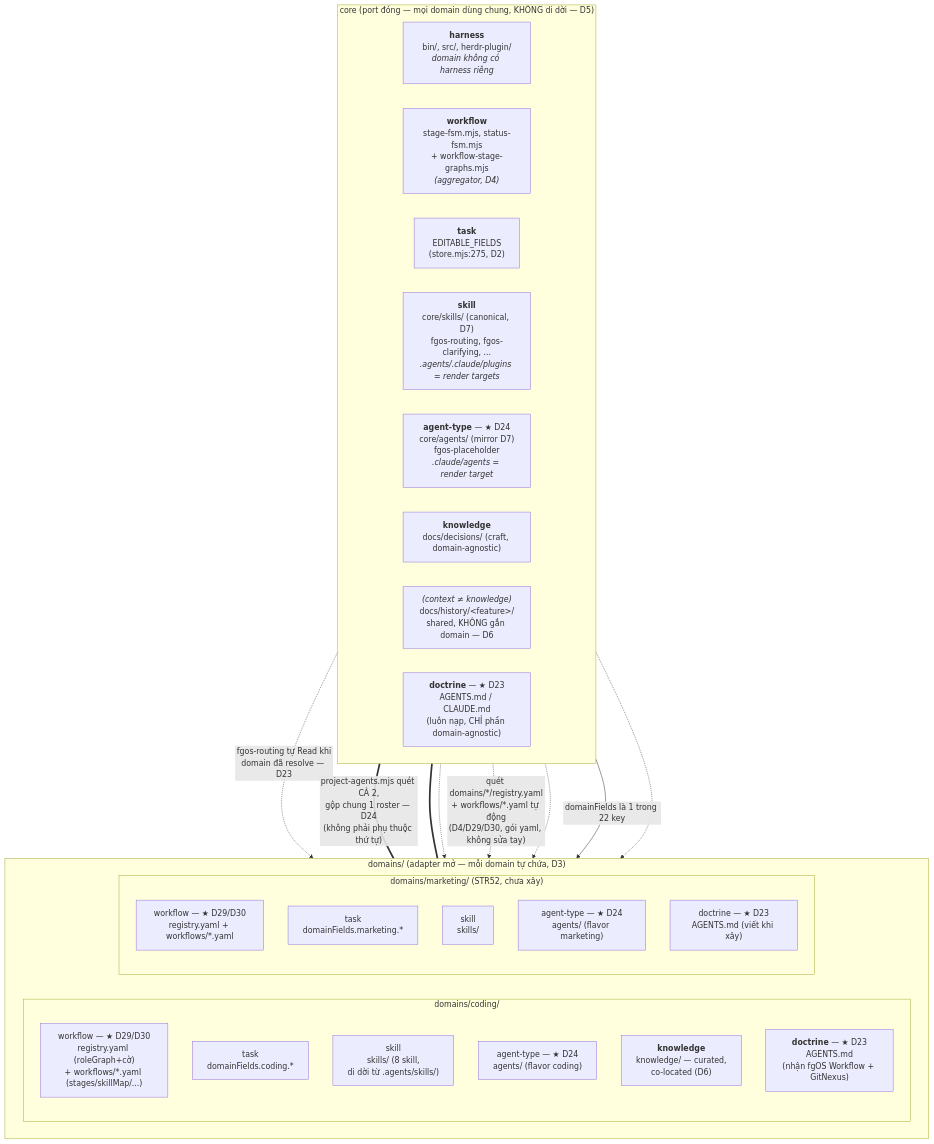
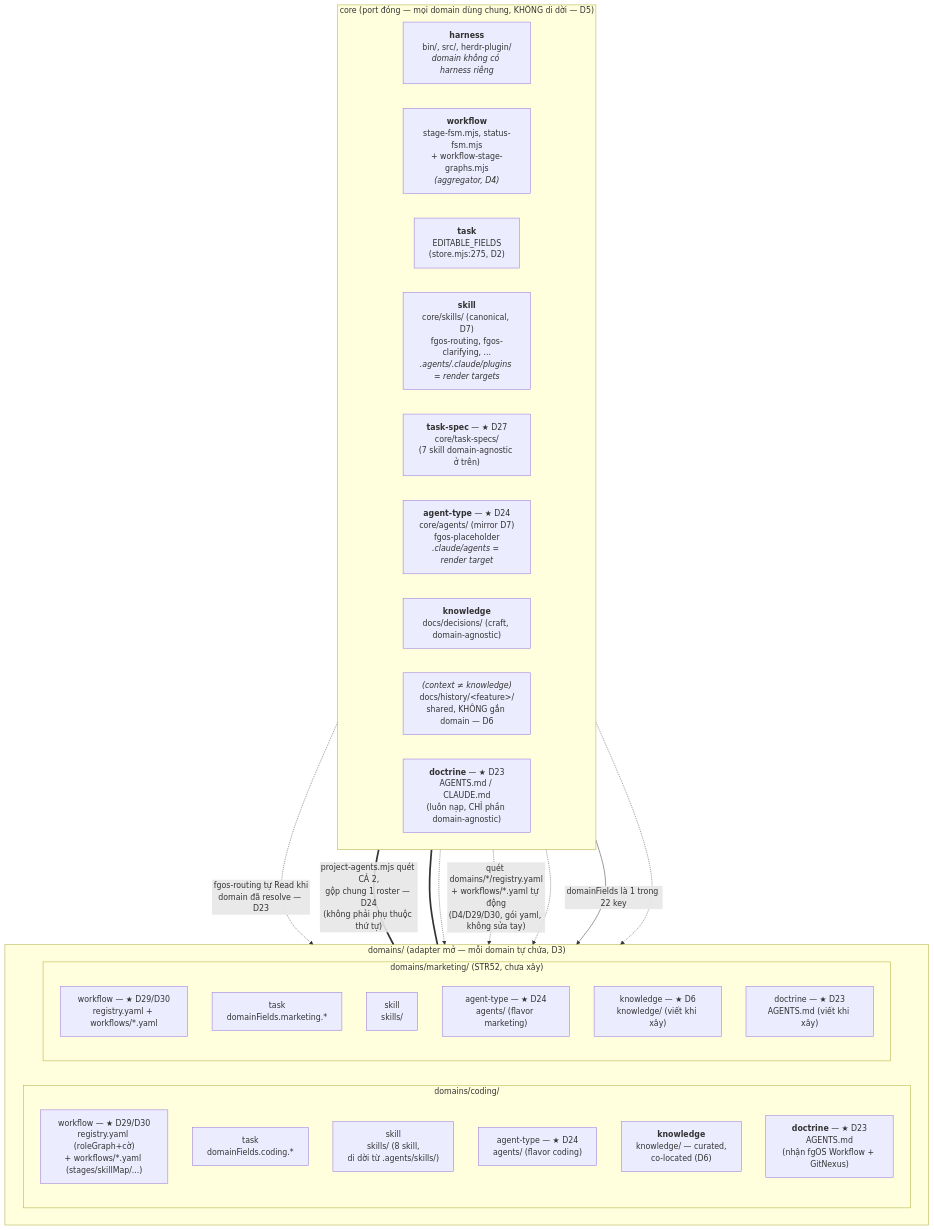
One commit to vantt/forgent changed the first of 3 diagrams in docs/history/core-foundation-domain-boundary/DISCUSSION.md. Above: the diagram before and after it, drawn with Mermaid. The commit also changed other lines of this file, not shown here.

Commit message:
docs(tsk-397): apply opus review findings (bucket A+C) -- delete stale rejected-proposal blocks, fix mermaid/ASCII gaps, add missing task-specs-migration + role-rename tasks (D9/D16 had no executing task)

````diff
--- a/docs/history/core-foundation-domain-boundary/DISCUSSION.md
+++ b/docs/history/core-foundation-domain-boundary/DISCUSSION.md
@@ -826,45 +827,47 @@
 ```mermaid
 flowchart TB
     subgraph CORE["core (port đóng — mọi domain dùng chung, KHÔNG di dời — D5)"]
         direction LR
         harness_core["<b>harness</b><br/>bin/, src/, herdr-plugin/<br/><i>domain không có harness riêng</i>"]
         workflow_core["<b>workflow</b><br/>stage-fsm.mjs, status-fsm.mjs<br/>+ workflow-stage-graphs.mjs<br/><i>(aggregator, D4)</i>"]
         task_core["<b>task</b><br/>EDITABLE_FIELDS<br/>(store.mjs:275, D2)"]
         skill_core["<b>skill</b><br/>core/skills/ (canonical, D7)<br/>fgos-routing, fgos-clarifying, ...<br/><i>.agents/.claude/plugins = render targets</i>"]
+        taskspec_core["<b>task-spec</b> — ★ D27<br/>core/task-specs/<br/>(7 skill domain-agnostic ở trên)"]
         agent_core["<b>agent-type</b> — ★ D24<br/>core/agents/ (mirror D7)<br/>fgos-placeholder<br/><i>.claude/agents = render target</i>"]
         knowledge_core["<b>knowledge</b><br/>docs/decisions/ (craft, domain-agnostic)"]
         context_core["<i>(context ≠ knowledge)</i><br/>docs/history/&lt;feature&gt;/<br/>shared, KHÔNG gắn domain — D6"]
         doctrine_core["<b>doctrine</b> — ★ D23<br/>AGENTS.md / CLAUDE.md<br/>(luôn nạp, CHỈ phần domain-agnostic)"]
     end
 
     subgraph DOMAINS["domains/ (adapter mở — mỗi domain tự chứa, D3)"]
         direction LR
         subgraph CODING["domains/coding/"]
             direction TB
             wf_c["workflow — ★ D29/D30<br/>registry.yaml (roleGraph+cờ)<br/>+ workflows/*.yaml (stages/skillMap/...)"]
             tk_c["task<br/>domainFields.coding.*"]
             sk_c["skill<br/>skills/ (8 skill,<br/>di dời từ .agents/skills/)"]
             ag_c["agent-type — ★ D24<br/>agents/ (flavor coding)"]
             kn_c["<b>knowledge</b><br/>knowledge/ — curated,<br/>co-located (D6)"]
             dc_c["<b>doctrine</b> — ★ D23<br/>AGENTS.md<br/>(nhận fgOS Workflow + GitNexus)"]
         end
         subgraph MARKETING["domains/marketing/ (STR52, chưa xây)"]
             direction TB
             wf_m["workflow — ★ D29/D30<br/>registry.yaml + workflows/*.yaml"]
             tk_m["task<br/>domainFields.marketing.*"]
             sk_m["skill<br/>skills/"]
             ag_m["agent-type — ★ D24<br/>agents/ (flavor marketing)"]
+            kn_m["knowledge — ★ D6<br/>knowledge/ (viết khi xây)"]
             dc_m["doctrine — ★ D23<br/>AGENTS.md (viết khi xây)"]
         end
     end
 
     doctrine_core -. "fgos-routing tự Read khi<br/>domain đã resolve — D23" .-> dc_c
     agent_core === |"project-agents.mjs quét CẢ 2,<br/>gộp chung 1 roster — D24<br/>(không phải phụ thuộc thứ tự)"| ag_c
     agent_core === ag_m
     doctrine_core -.-> dc_m
 
     workflow_core -. "quét domains/*/registry.yaml<br/>+ workflows/*.yaml tự động<br/>(D4/D29/D30, gói yaml, không sửa tay)" .-> wf_c
     workflow_core -.-> wf_m
     task_core -- "domainFields là 1 trong 22 key" --> tk_c
     task_core -.-> tk_m
 ```
````
